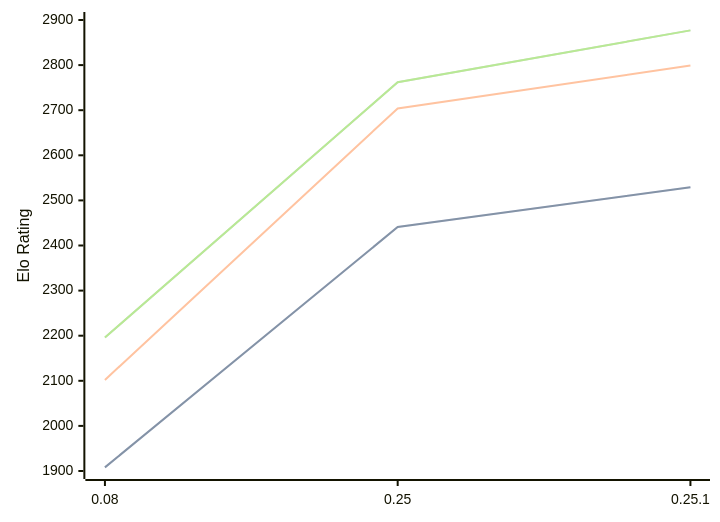
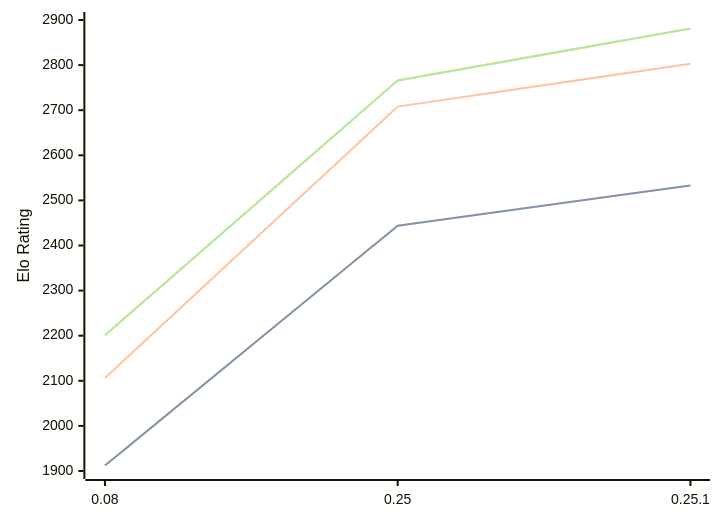
The diagram in engines/Gecko.md (computer-chess-index/cci), drawn with Mermaid before and after one commit. The commit also changed other lines of this file, not shown here.

Commit message:
Update CCI Ratings (ELO VLTC) - 2026-05-02

````diff
--- a/engines/Gecko.md
+++ b/engines/Gecko.md
@@ -33,11 +34,11 @@
 ```mermaid
 %%{init: {"theme":"base","themeVariables":{"seriesColors:['#a3a3a3','#222221','#faa371']}}}%%
 xychart-beta
   x-axis ["0.08", "0.25", "0.25.1"]
   y-axis "Elo Rating" 1900 --> 2900
-  line "STC (8.0+0.08s)" [1908, 2441, 2529]
-  line "STC (8.0+0.08s)" [1908, 2441, 2529]
-  line "LTC (60.0+0.60s)" [2102, 2704, 2799]
-  line "VLTC (2m24s+1.12s)" [2196, 2762, 2877]
-  line "VLTC (2m24s+1.12s)" [2196, 2762, 2877]
+  line "STC (8.0+0.08s)" [1912, 2444, 2533]
+  line "STC (8.0+0.08s)" [1912, 2444, 2533]
+  line "LTC (60.0+0.60s)" [2106, 2708, 2803]
+  line "VLTC (2m24s+1.12s)" [2201, 2766, 2881]
+  line "VLTC (2m24s+1.12s)" [2201, 2766, 2881]
 ```
````
